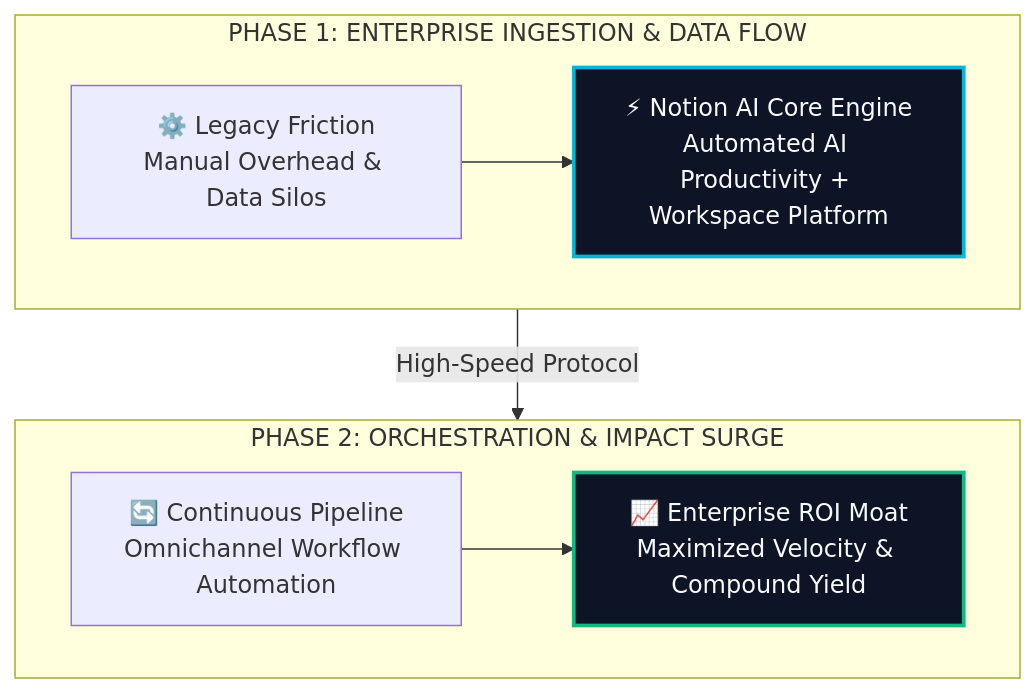
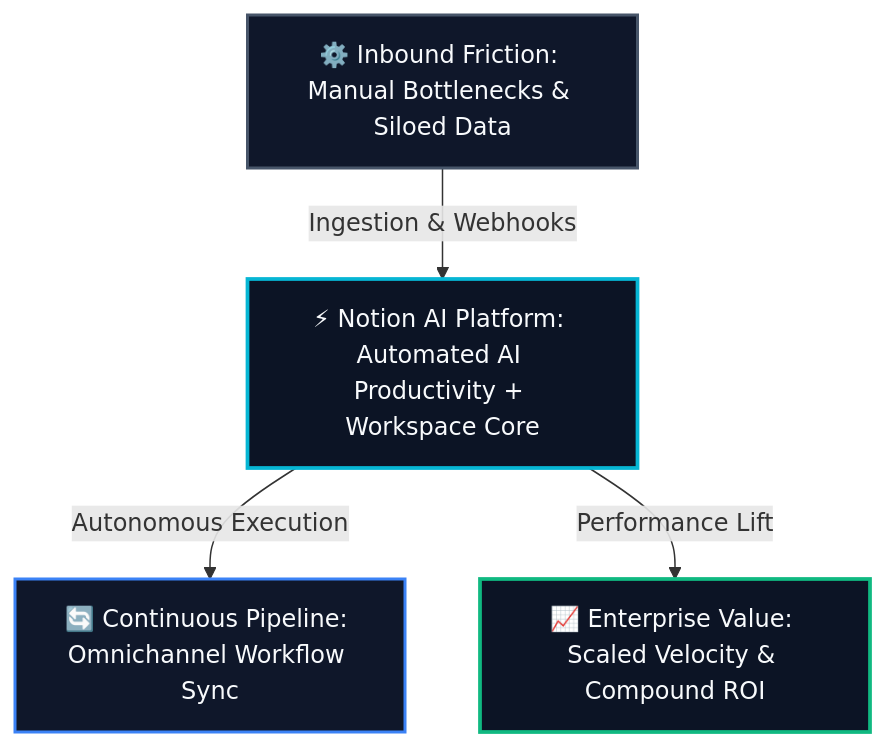
One commit to heliatech-media/saas-radar changed the diagram in site/src/content/blog/notion-ai-evolution-guide-2026.md. Above: the diagram before and after it, drawn with Mermaid. The commit also changed 93 other files, not shown here.

First line of the commit message:
fix(diagrams): resolve dagre-d3 subgraph collision by migrating to balanced 3-tier Hub & Spoke architecture

````diff
--- a/site/src/content/blog/notion-ai-evolution-guide-2026.md
+++ b/site/src/content/blog/notion-ai-evolution-guide-2026.md
@@ -55,14 +55,14 @@
 ```mermaid
 flowchart TD
-    subgraph S1["PHASE 1: ENTERPRISE INGESTION & DATA FLOW"]
-        direction LR
-        A["⚙️ Legacy Friction<br/>Manual Overhead & Data Silos"] --> B["⚡ Notion AI Core Engine<br/>Automated AI Productivity + Workspace Platform"]
-    end
-    subgraph S2["PHASE 2: ORCHESTRATION & IMPACT SURGE"]
-        direction LR
-        C["🔄 Continuous Pipeline<br/>Omnichannel Workflow Automation"] --> D["📈 Enterprise ROI Moat<br/>Maximized Velocity & Compound Yield"]
-    end
-    S1 -->|High-Speed Protocol| S2
-    style B fill:#0c1425,stroke:#06b6d4,stroke-width:2.5px,color:#f8fafc
-    style D fill:#0c1425,stroke:#10b981,stroke-width:2.5px,color:#f8fafc
+    Inp["⚙️ Inbound Friction: Manual Bottlenecks & Siloed Data"]
+    Eng["⚡ Notion AI Platform: Automated AI Productivity + Workspace Core"]
+    Out1["🔄 Continuous Pipeline: Omnichannel Workflow Sync"]
+    Out2["📈 Enterprise Value: Scaled Velocity & Compound ROI"]
+    Inp -->|Ingestion & Webhooks| Eng
+    Eng -->|Autonomous Execution| Out1
+    Eng -->|Performance Lift| Out2
+    style Inp fill:#0f172a,stroke:#475569,stroke-width:2px,color:#f8fafc
+    style Eng fill:#0c1425,stroke:#06b6d4,stroke-width:2.5px,color:#f8fafc
+    style Out1 fill:#0f172a,stroke:#3b82f6,stroke-width:2px,color:#f8fafc
+    style Out2 fill:#0c1425,stroke:#10b981,stroke-width:2.5px,color:#f8fafc
 ```
````
